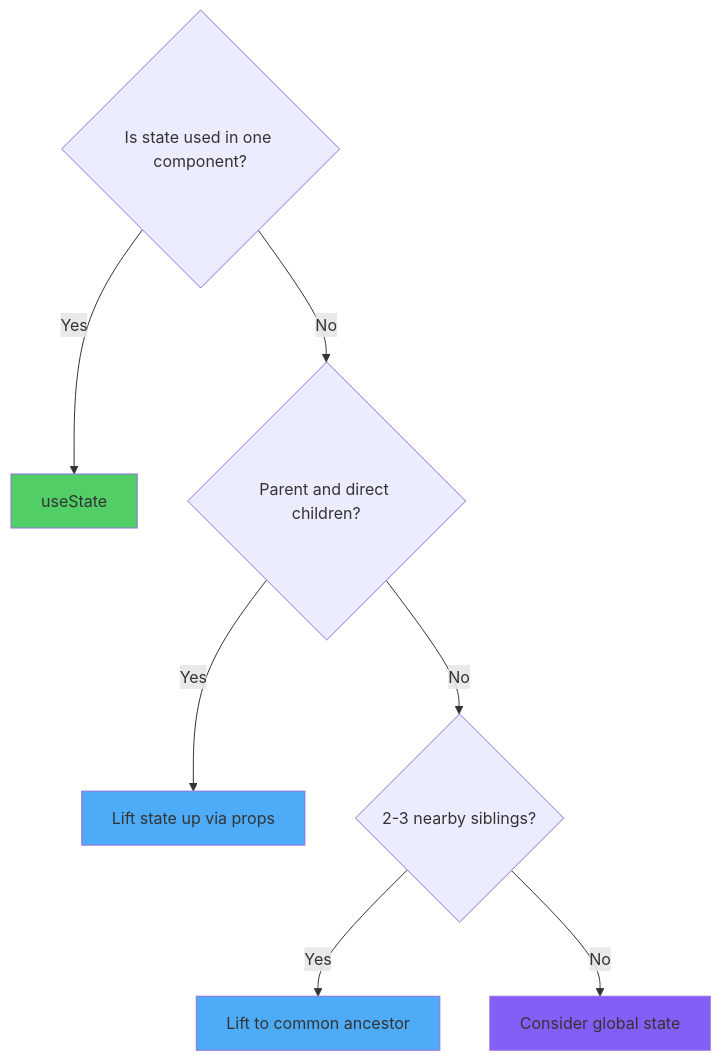
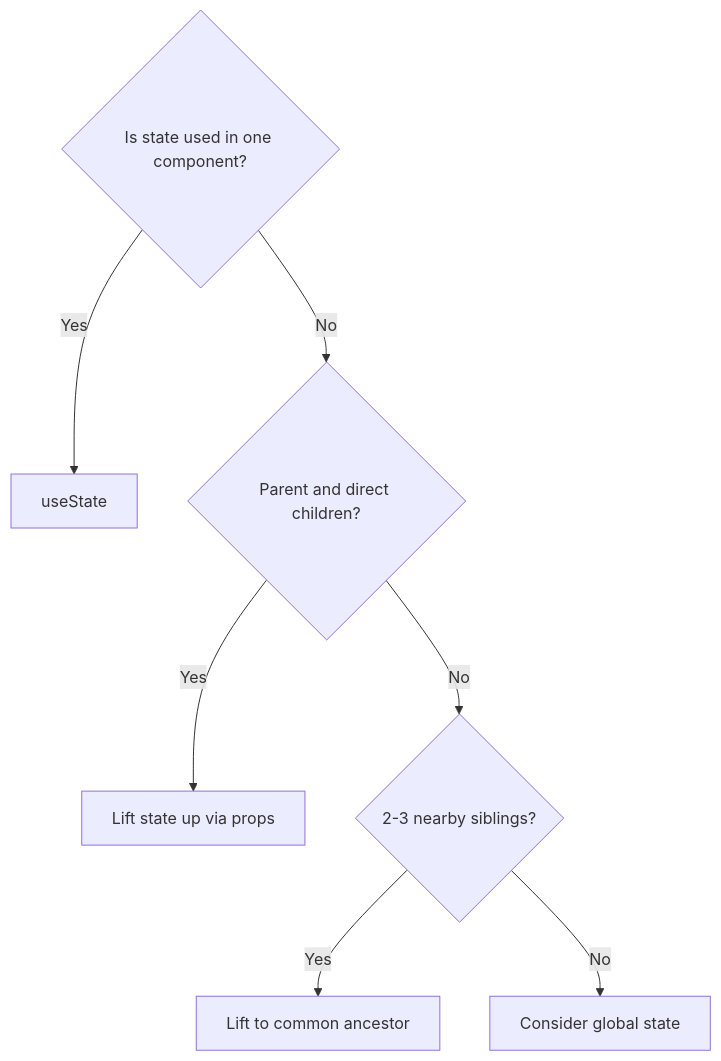
Before and after one commit to BabaScience/react-guides: the second of 10 diagrams in arguments/chapters/rn-07-state-management.md, drawn with Mermaid. The commit also changed other lines of this file and 63 other files, not shown here.

First line of the commit message:
Enrich React Native roadmap with deeper content, visuals, and FR/IT translations

````diff
--- a/arguments/chapters/rn-07-state-management.md
+++ b/arguments/chapters/rn-07-state-management.md
@@ -31,14 +54,9 @@
 ```mermaid
 graph TD
     A{Is state used in one component?} -->|Yes| B[useState]
     A -->|No| C{Parent and direct children?}
     C -->|Yes| D[Lift state up via props]
     C -->|No| E{2-3 nearby siblings?}
     E -->|Yes| F[Lift to common ancestor]
     E -->|No| G[Consider global state]
-
-    style B fill:#51cf66
-    style D fill:#4dabf7
-    style F fill:#4dabf7
-    style G fill:#845ef7
 ```
````
